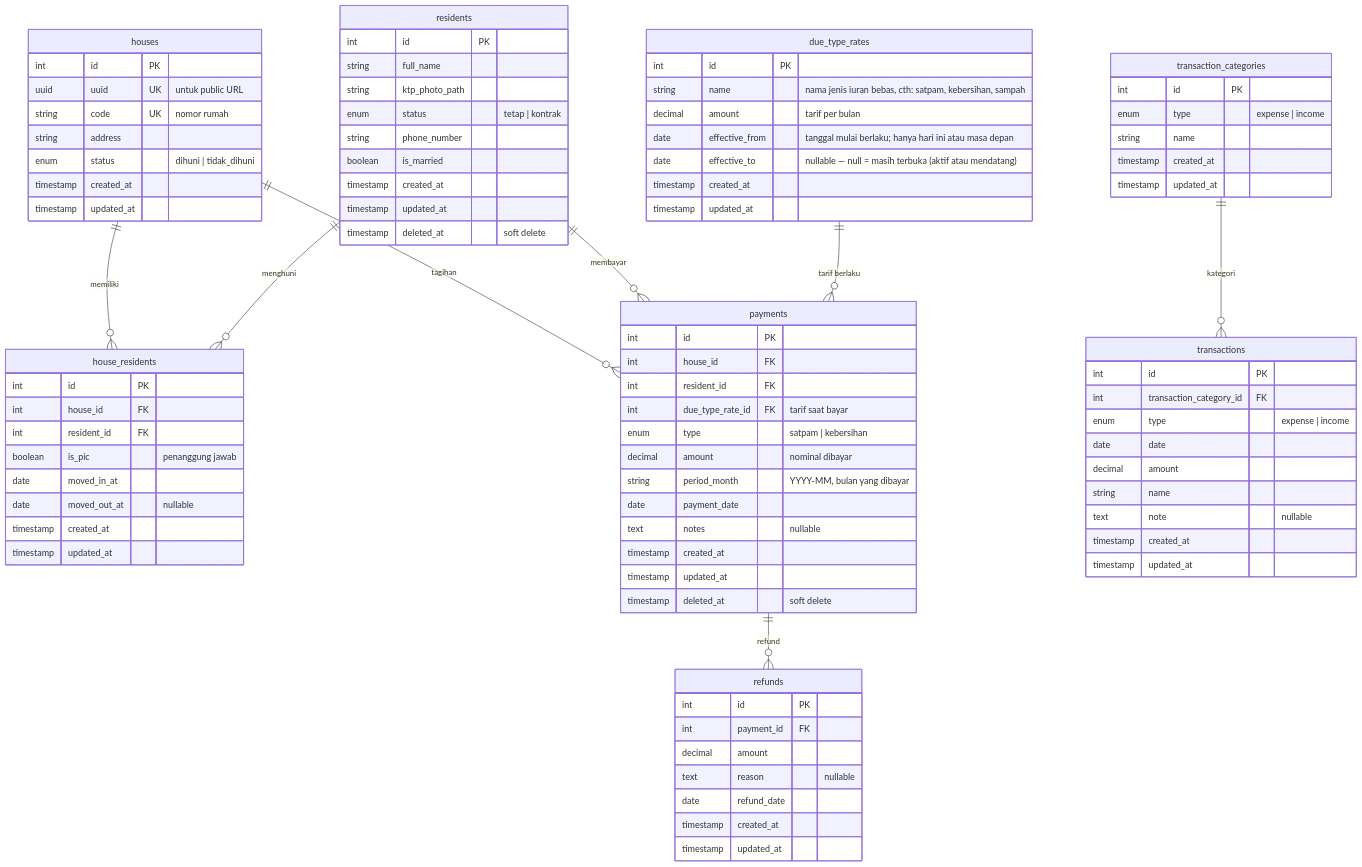
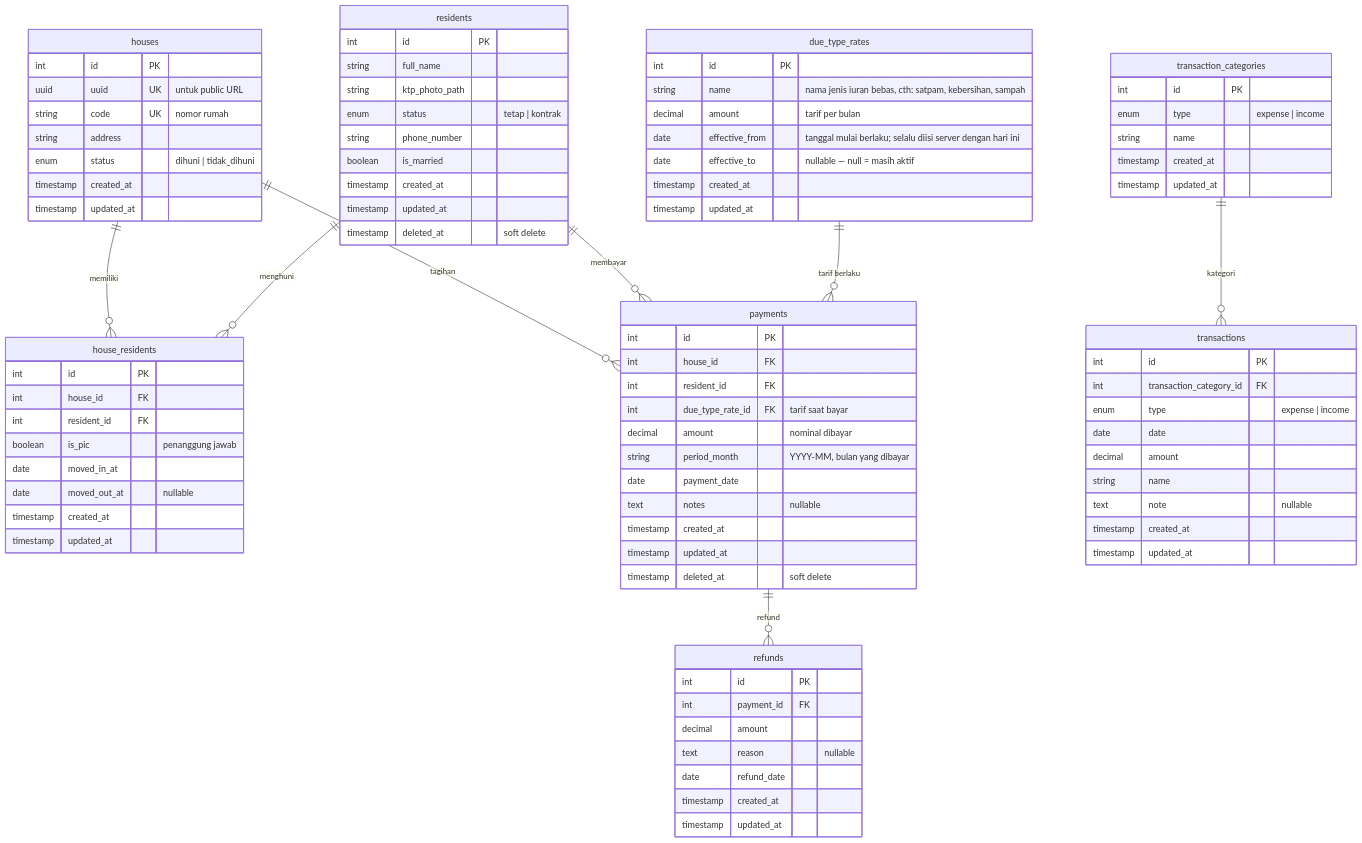
Before and after one commit to zakishaquille/rt-information-system: the diagram in docs/PRD.md, drawn with Mermaid. The commit also changed other lines of this file and 8 other files, not shown here.

```diff
--- a/docs/PRD.md
+++ b/docs/PRD.md
@@ -396,8 +396,8 @@
         int id PK
         string name "nama jenis iuran bebas, cth: satpam, kebersihan, sampah"
         decimal amount "tarif per bulan"
-        date effective_from "tanggal mulai berlaku; hanya hari ini atau masa depan"
-        date effective_to "nullable — null = masih terbuka (aktif atau mendatang)"
+        date effective_from "tanggal mulai berlaku; selalu diisi server dengan hari ini"
+        date effective_to "nullable — null = masih aktif"
         timestamp created_at
         timestamp updated_at
     }
@@ -407,7 +407,6 @@
         int house_id FK
         int resident_id FK
         int due_type_rate_id FK "tarif saat bayar"
-        enum type "satpam | kebersihan"
         decimal amount "nominal dibayar"
         string period_month "YYYY-MM, bulan yang dibayar"
         date payment_date
```
